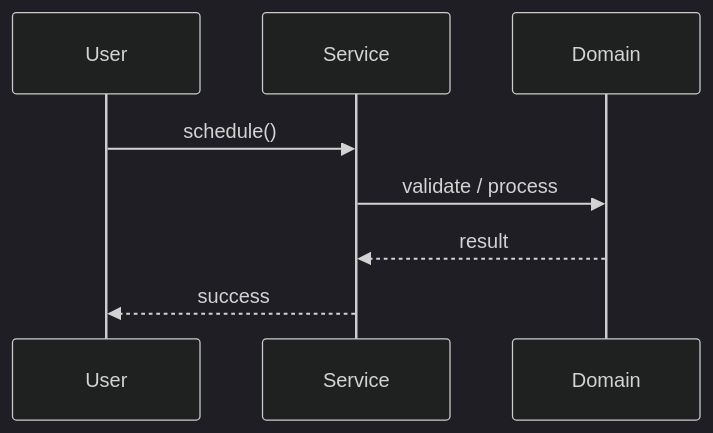
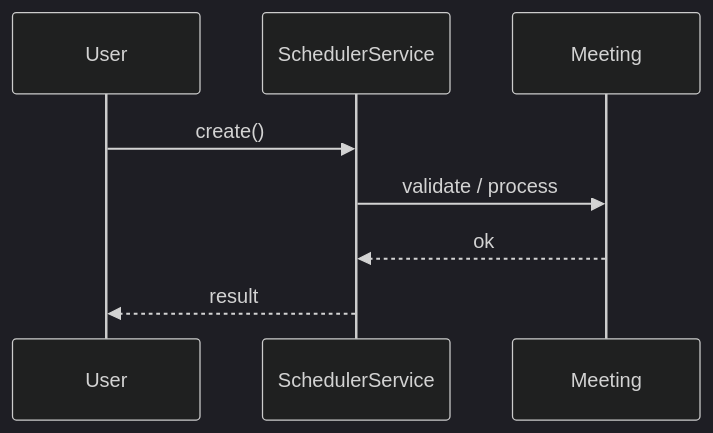
One commit to madhupaila/Interview-Prep-SSE changed the second of 3 diagrams in Learn/System Design - Low Level Design/02-classic-ood/questions/Q26-meeting-scheduler.md. Above: the diagram before and after it, drawn with Mermaid (dark theme). The commit also changed other lines of this file and 491 other files, not shown here.

````diff
--- a/Learn/System Design - Low Level Design/02-classic-ood/questions/Q26-meeting-scheduler.md
+++ b/Learn/System Design - Low Level Design/02-classic-ood/questions/Q26-meeting-scheduler.md
@@ -122,10 +152,10 @@
 ```mermaid
 sequenceDiagram
-    participant U as User
-    participant S as Service
-    participant D as Domain
-    U->>S: schedule()
-    S->>D: validate / process
-    D-->>S: result
-    S-->>U: success
+participant U as User
+participant S as SchedulerService
+participant D as Meeting
+U->>S: create()
+S->>D: validate / process
+D-->>S: ok
+S-->>U: result
 ```
````
